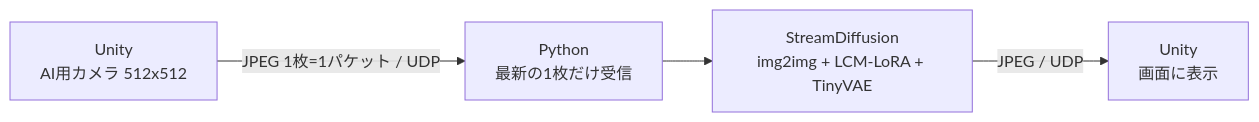
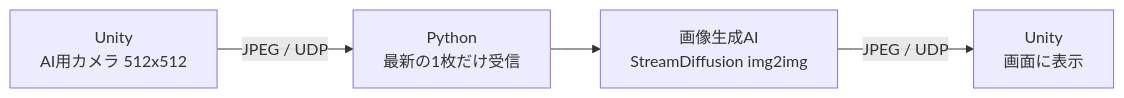
Before and after one commit to YumaOkamoto1228/neural_rending_demo: the first of 2 diagrams in README.md, drawn with Mermaid. The commit also changed other lines of this file and 5 other files, not shown here.

````diff
--- a/README.md
+++ b/README.md
@@ -47,6 +51,6 @@
 ```mermaid
 flowchart LR
-    C[Unity<br>AI用カメラ 512x512] -- JPEG 1枚=1パケット / UDP --> P[Python<br>最新の1枚だけ受信]
-    P --> AI[StreamDiffusion<br>img2img + LCM-LoRA + TinyVAE]
+    C[Unity<br>AI用カメラ 512x512] -- JPEG / UDP --> P[Python<br>最新の1枚だけ受信]
+    P --> AI[画像生成AI<br>StreamDiffusion img2img]
     AI -- JPEG / UDP --> R[Unity<br>画面に表示]
 ```
````
